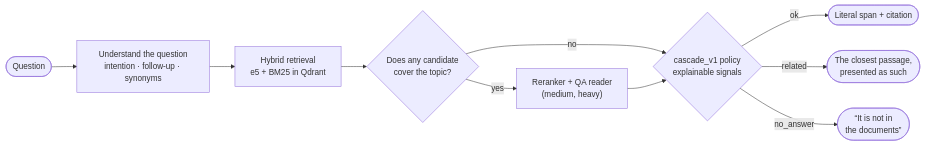
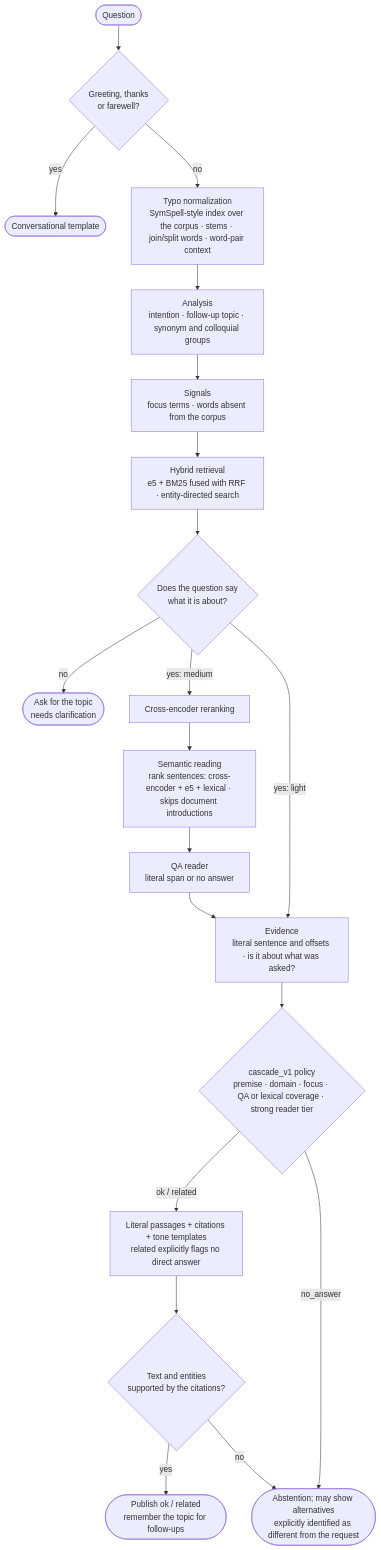
The diagram in README.md (ClaudioH19/ipsis), drawn with Mermaid before and after one commit. The commit also changed other lines of this file and 536 other files, not shown here.

````diff
--- a/README.md
+++ b/README.md
@@ -91,12 +257,22 @@
 ```mermaid
-flowchart LR
-    Q([Question]) --> U["Understand the question<br/>intention · follow-up · synonyms"]
-    U --> R["Hybrid retrieval<br/>e5 + BM25 in Qdrant"]
-    R --> F{"Does any candidate<br/>cover the topic?"}
-    F -- yes --> L["Reranker + QA reader<br/>(medium, heavy)"]
-    F -- no --> D
-    L --> D{"cascade_v1 policy<br/>explainable signals"}
-    D -- ok --> OK(["Literal span + citation"])
-    D -- related --> REL(["The closest passage,<br/>presented as such"])
-    D -- no_answer --> NO(["“It is not in<br/>the documents”"])
+flowchart TD
+    Q([Question]) --> C{"Greeting, thanks<br/>or farewell?"}
+    C -- yes --> CON(["Conversational template"])
+    C -- no --> N["Typo normalization<br/>SymSpell-style index over the corpus · stems · join/split words · word-pair context"]
+    N --> A["Analysis<br/>intention · follow-up topic · synonym and colloquial groups"]
+    A --> S["Signals<br/>focus terms · words absent from the corpus"]
+    S --> R["Hybrid retrieval<br/>e5 + BM25 fused with RRF · entity-directed search"]
+    R --> AC{"Does the question say<br/>what it is about?"}
+    AC -- no --> CL(["Ask for the topic<br/>needs clarification"])
+    AC -- "yes: medium" --> RR["Cross-encoder reranking"]
+    RR --> SR["Semantic reading<br/>rank sentences: cross-encoder + e5 + lexical · skips document introductions"]
+    SR --> QA["QA reader<br/>literal span or no answer"]
+    QA --> EV
+    AC -- "yes: light" --> EV["Evidence<br/>literal sentence and offsets · is it about what was asked?"]
+    EV --> D{"cascade_v1 policy<br/>premise · domain · focus · QA or lexical coverage · strong reader tier"}
+    D -- "ok / related" --> T["Literal passages + citations + tone templates<br/>related explicitly flags no direct answer"]
+    D -- no_answer --> NO(["Abstention; may show alternatives<br/>explicitly identified as different from the request"])
+    T --> V{"Text and entities<br/>supported by the citations?"}
+    V -- yes --> OK(["Publish ok / related<br/>remember the topic for follow-ups"])
+    V -- no --> NO
 ```
````
